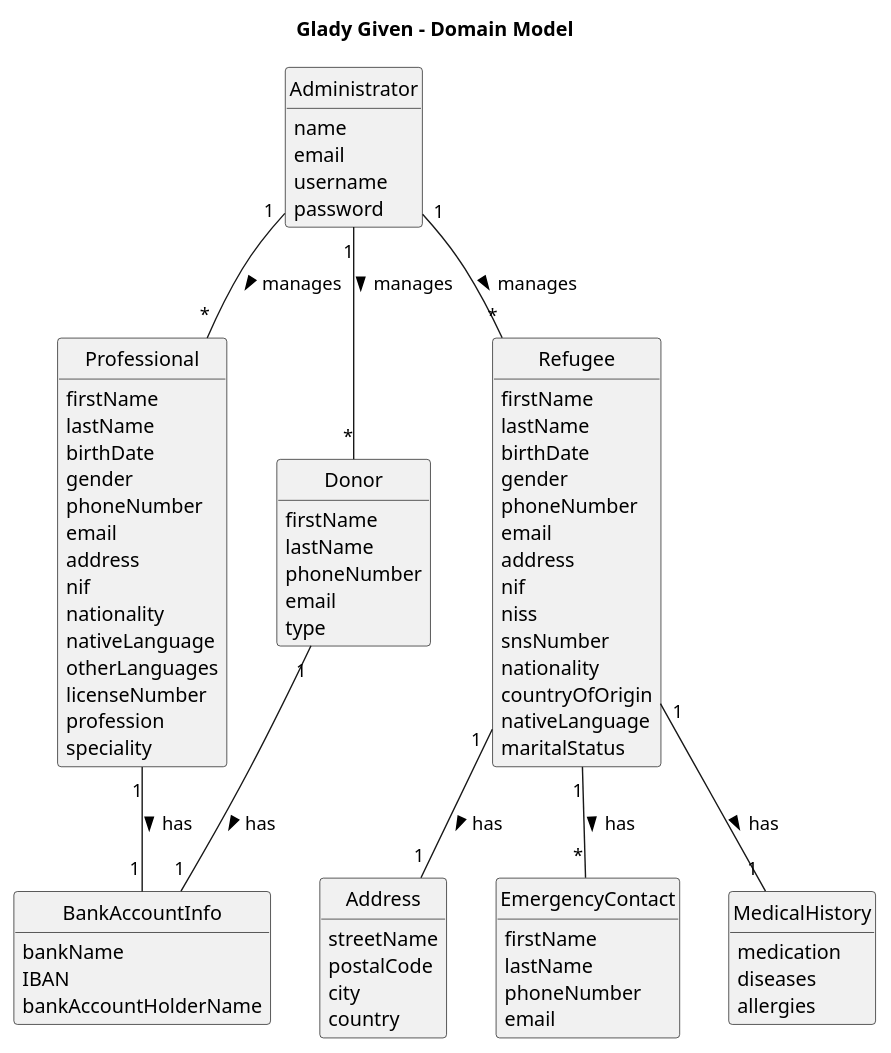
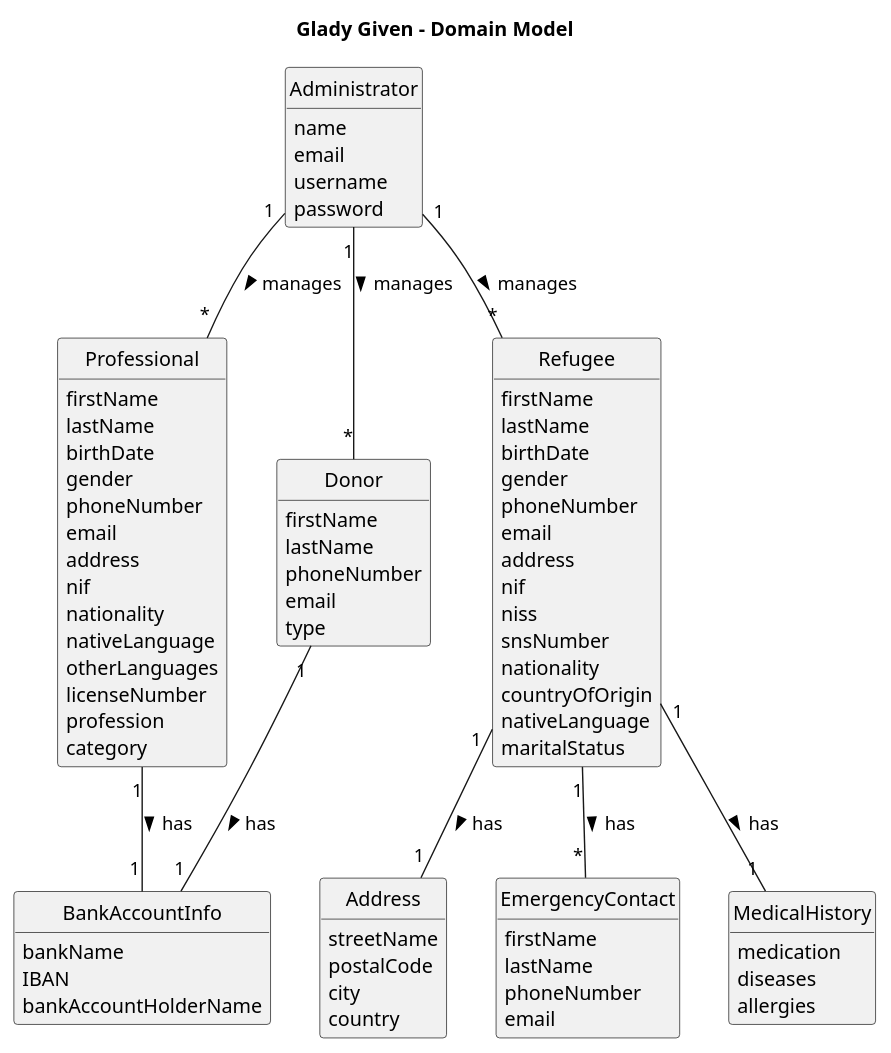
The diagram in javaSprint2GladlyGiven/Docs/Domain-Model.puml (tbarracha/Upskill-Sprint-2-Gladly-Given), drawn with PlantUML before and after one commit. The commit also changed 2 other files, not shown here.

Commit message:
Added class diagram

```diff
--- a/javaSprint2GladlyGiven/Docs/Domain-Model.puml
+++ b/javaSprint2GladlyGiven/Docs/Domain-Model.puml
@@ -1,99 +1,99 @@
 @startuml
 skinparam monochrome true
 skinparam packageStyle rectangle
 skinparam shadowing false
 
 'left to right direction
 
 skinparam classAttributeIconSize 0
 
 hide circle
 hide methods
 
 title Glady Given - Domain Model
 
 class Administrator {
     name
     email
     username
     password
 }
 
 class Address {
     streetName
     postalCode
     city
     country
 }
 
 class Professional {
     firstName
     lastName
     birthDate
     gender
     phoneNumber
     email
     address
     nif
     nationality
     nativeLanguage
     otherLanguages
     licenseNumber
     profession
-    speciality
+    category
 }
 
 class BankAccountInfo {
     bankName
     IBAN
     bankAccountHolderName
 }
 
 class Donor {
     firstName
     lastName
     phoneNumber
     email
     type
 }
 
 class Refugee {
     firstName
     lastName
     birthDate
     gender
     phoneNumber
     email
     address
     nif
     niss
     snsNumber
     nationality
     countryOfOrigin
     nativeLanguage
     maritalStatus
 }
 
 class EmergencyContact {
      firstName
      lastName
      phoneNumber
      email
 }
 
 class MedicalHistory {
     medication
     diseases
     allergies
 }
 
 Refugee  "1" --down "     *" EmergencyContact : has >
 Refugee  "1" --down "     1" Address : has >
 Refugee  "1" --down "     1" MedicalHistory: has >
 Professional  "1" --down "     1" BankAccountInfo: has >
 Donor  "1" --down "     1" BankAccountInfo: has >
 Administrator "1" --down "     *" Professional : manages >
 Administrator "1" --down "    *" Donor : manages >
 Administrator "1" --down "     *" Refugee : manages >
 
 @enduml
```
